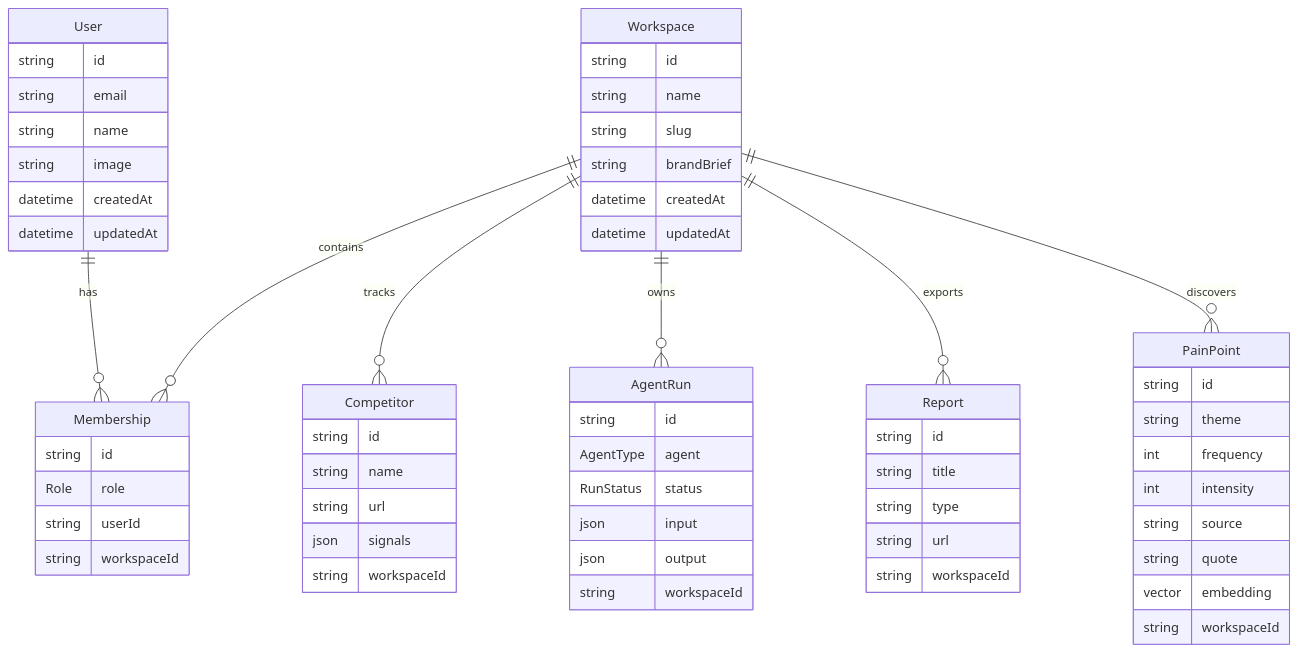
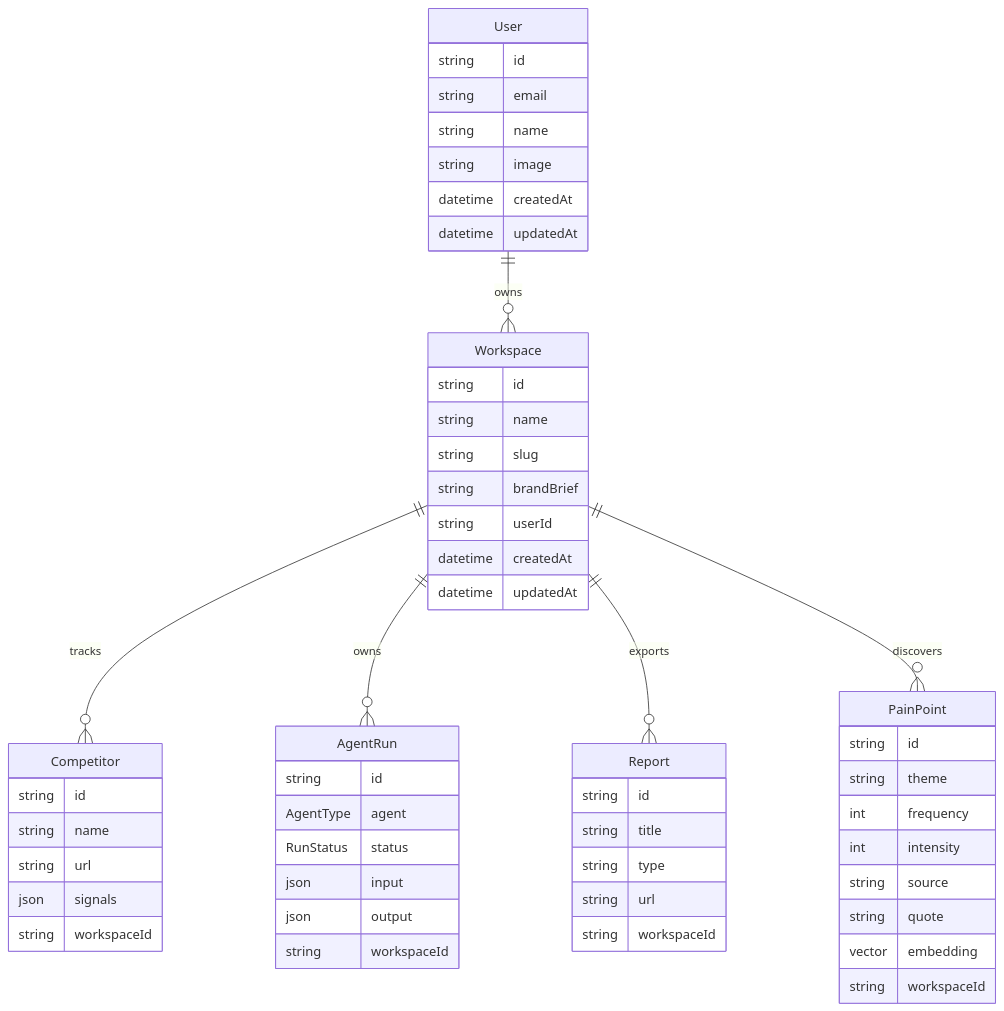
Before and after one commit to AditiNarkar/AdPeriscope-v2: the fourth of 5 diagrams in docs/system-design.md, drawn with Mermaid. The commit also changed other lines of this file and 17 other files, not shown here.

````diff
--- a/docs/system-design.md
+++ b/docs/system-design.md
@@ -206,70 +210,63 @@
 ```mermaid
 erDiagram
-  User ||--o{ Membership : has
-  Workspace ||--o{ Membership : contains
+  User ||--o{ Workspace : owns
   Workspace ||--o{ Competitor : tracks
   Workspace ||--o{ AgentRun : owns
   Workspace ||--o{ Report : exports
   Workspace ||--o{ PainPoint : discovers
 
   User {
     string id
     string email
     string name
     string image
     datetime createdAt
     datetime updatedAt
   }
 
   Workspace {
     string id
     string name
     string slug
     string brandBrief
+    string userId
     datetime createdAt
     datetime updatedAt
-  }
-
-  Membership {
-    string id
-    Role role
-    string userId
-    string workspaceId
   }
 
   Competitor {
     string id
     string name
     string url
     json signals
     string workspaceId
   }
 
   AgentRun {
     string id
     AgentType agent
     RunStatus status
     json input
     json output
     string workspaceId
   }
 
   PainPoint {
     string id
     string theme
     int frequency
     int intensity
     string source
     string quote
     vector embedding
     string workspaceId
   }
 
   Report {
     string id
     string title
     string type
     string url
     string workspaceId
   }
 ```
````
